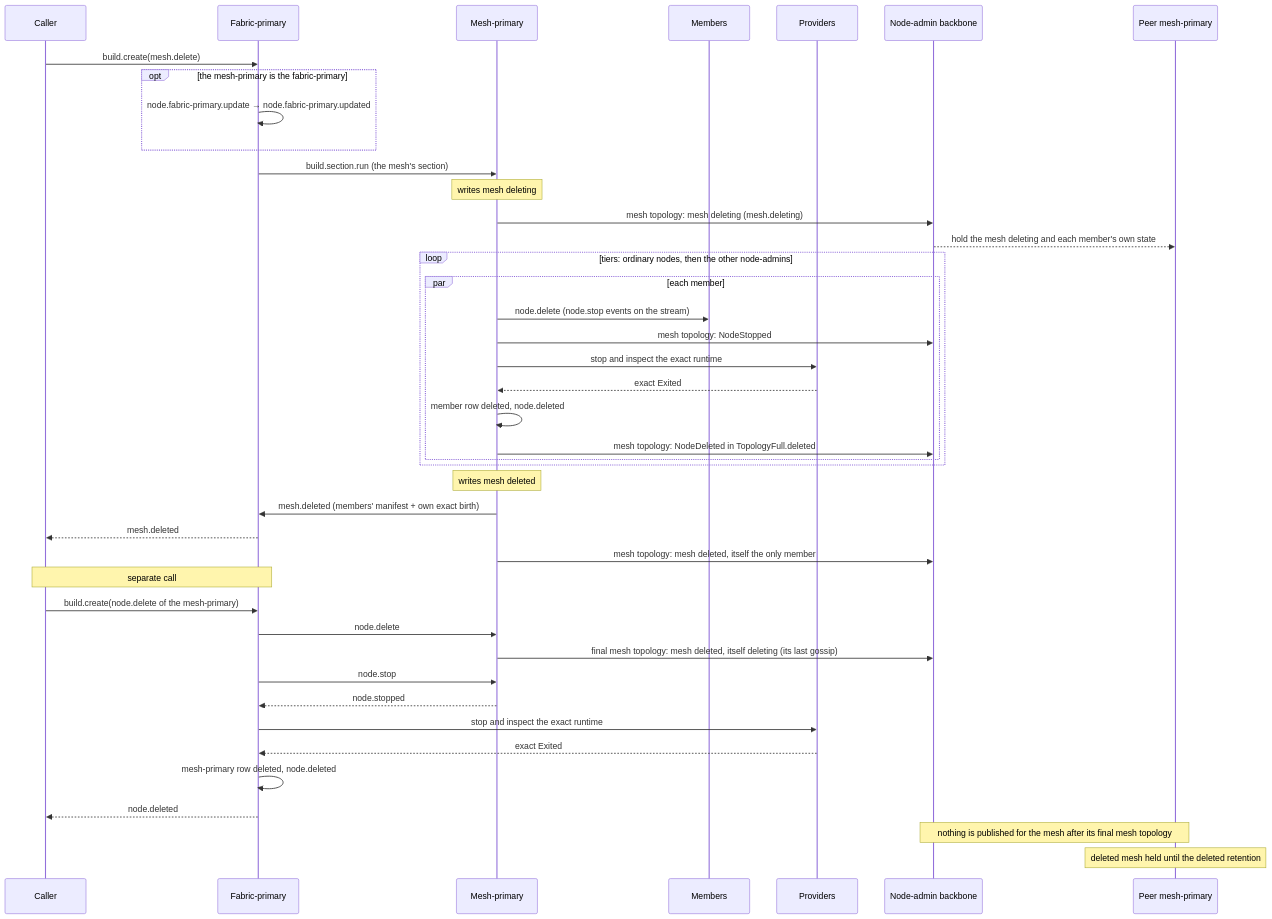
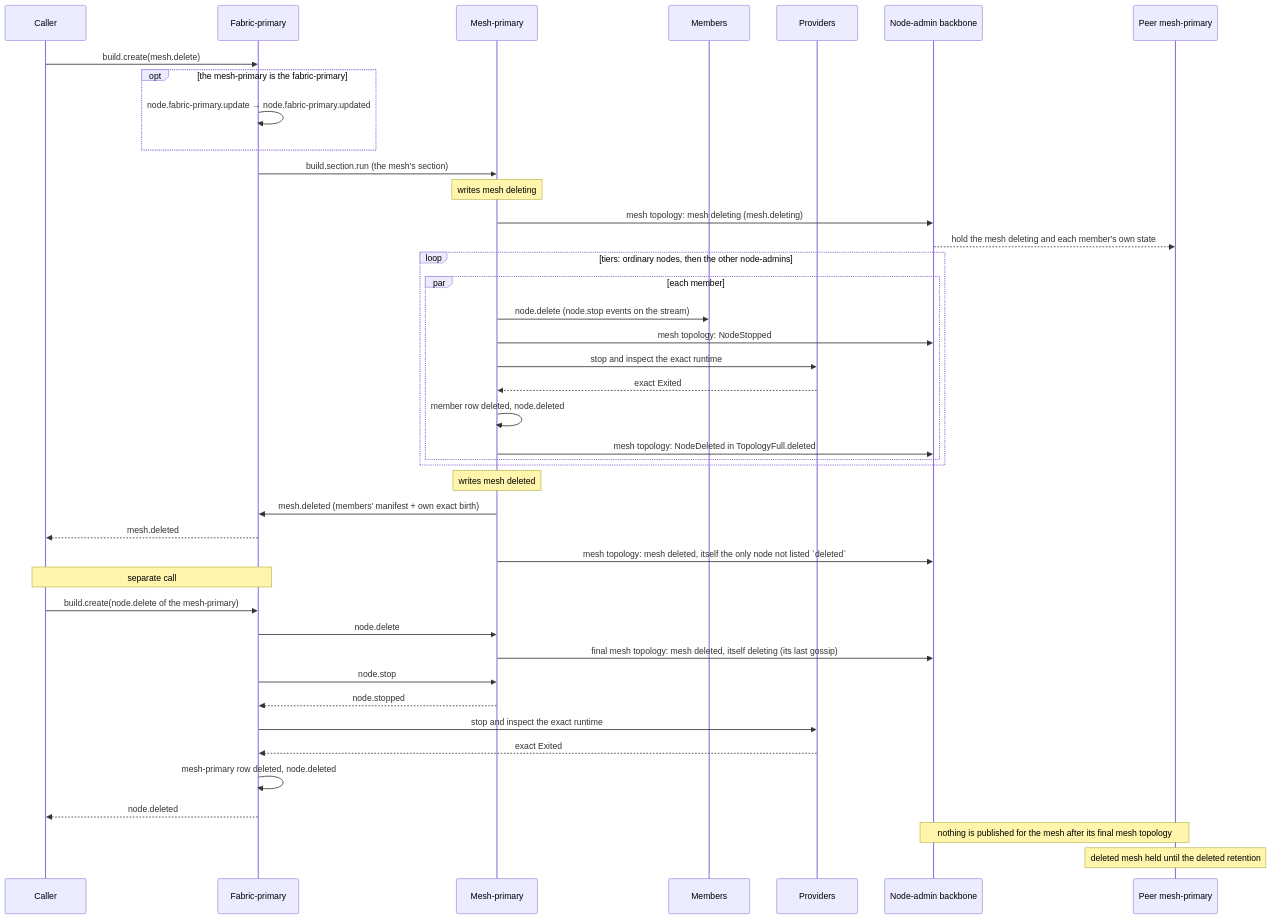
The diagram in docs/architecture/lifecycles/mesh-delete.md (drlukeangel/rust-distributed-mesh), drawn with Mermaid before and after one commit.

Commit message:
wip(#341): mesh-delete.md's sequence diagram: the last admin's mesh topology lists itself the only node not listed deleted
The diagram line as the lead gave it (inbox 0006 item 4), matching step 6's text above it.

````diff
--- a/docs/architecture/lifecycles/mesh-delete.md
+++ b/docs/architecture/lifecycles/mesh-delete.md
@@ -193,44 +193,44 @@
 ```mermaid
 sequenceDiagram
     participant C as Caller
     participant F as Fabric-primary
     participant M as Mesh-primary
     participant N as Members
     participant P as Providers
     participant B as Node-admin backbone
     participant R as Peer mesh-primary
     C->>F: build.create(mesh.delete)
     opt the mesh-primary is the fabric-primary
         F->>F: node.fabric-primary.update → node.fabric-primary.updated
     end
     F->>M: build.section.run (the mesh's section)
     Note over M: writes mesh deleting
     M->>B: mesh topology: mesh deleting (mesh.deleting)
     B-->>R: hold the mesh deleting and each member's own state
     loop tiers: ordinary nodes, then the other node-admins
         par each member
             M->>N: node.delete (node.stop events on the stream)
             M->>B: mesh topology: NodeStopped
             M->>P: stop and inspect the exact runtime
             P-->>M: exact Exited
             M->>M: member row deleted, node.deleted
             M->>B: mesh topology: NodeDeleted in TopologyFull.deleted
         end
     end
     Note over M: writes mesh deleted
     M->>F: mesh.deleted (members' manifest + own exact birth)
     F-->>C: mesh.deleted
-    M->>B: mesh topology: mesh deleted, itself the only member
+    M->>B: mesh topology: mesh deleted, itself the only node not listed `deleted`
     Note over C,F: separate call
     C->>F: build.create(node.delete of the mesh-primary)
     F->>M: node.delete
     M->>B: final mesh topology: mesh deleted, itself deleting (its last gossip)
     F->>M: node.stop
     M-->>F: node.stopped
     F->>P: stop and inspect the exact runtime
     P-->>F: exact Exited
     F->>F: mesh-primary row deleted, node.deleted
     F-->>C: node.deleted
     Note over B,R: nothing is published for the mesh after its final mesh topology
     Note over R: deleted mesh held until the deleted retention
 ```
````
